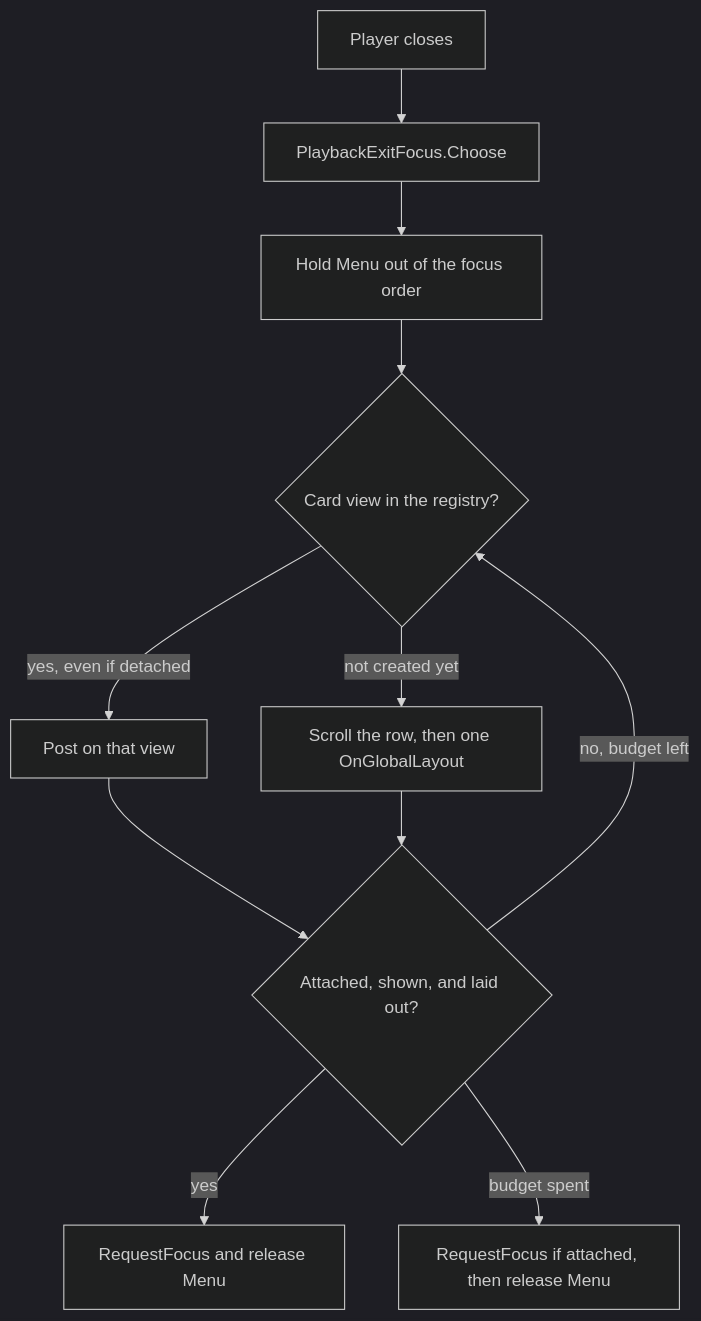
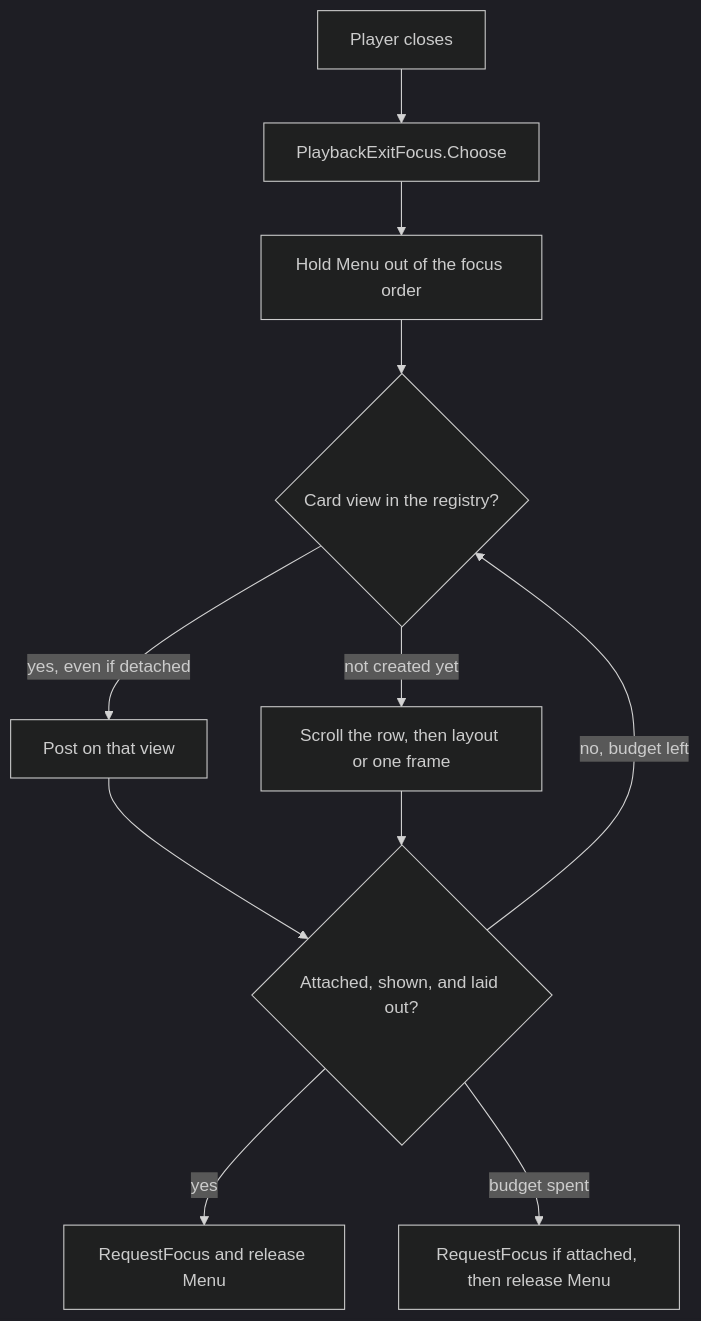
The first of 2 diagrams in docs/architecture/homepage-maui-avalonia.md (Vardy-Party/Client), drawn with Mermaid (dark theme) before and after one commit. The commit also changed other lines of this file and 85 other files, not shown here.

````diff
--- a/docs/architecture/homepage-maui-avalonia.md
+++ b/docs/architecture/homepage-maui-avalonia.md
@@ -376,13 +378,13 @@
 ```mermaid
 flowchart TD
   exit[Player closes] --> choose[PlaybackExitFocus.Choose]
   choose --> hold[Hold Menu out of the focus order]
   hold --> lookup{Card view in the registry?}
   lookup -->|yes, even if detached| postCard[Post on that view]
-  lookup -->|not created yet| layout[Scroll the row, then one OnGlobalLayout]
+  lookup -->|not created yet| layout[Scroll the row, then layout or one frame]
   postCard --> ready{Attached, shown, and laid out?}
   layout --> ready
   ready -->|yes| focus[RequestFocus and release Menu]
   ready -->|no, budget left| lookup
   ready -->|budget spent| last[RequestFocus if attached, then release Menu]
 ```
````
